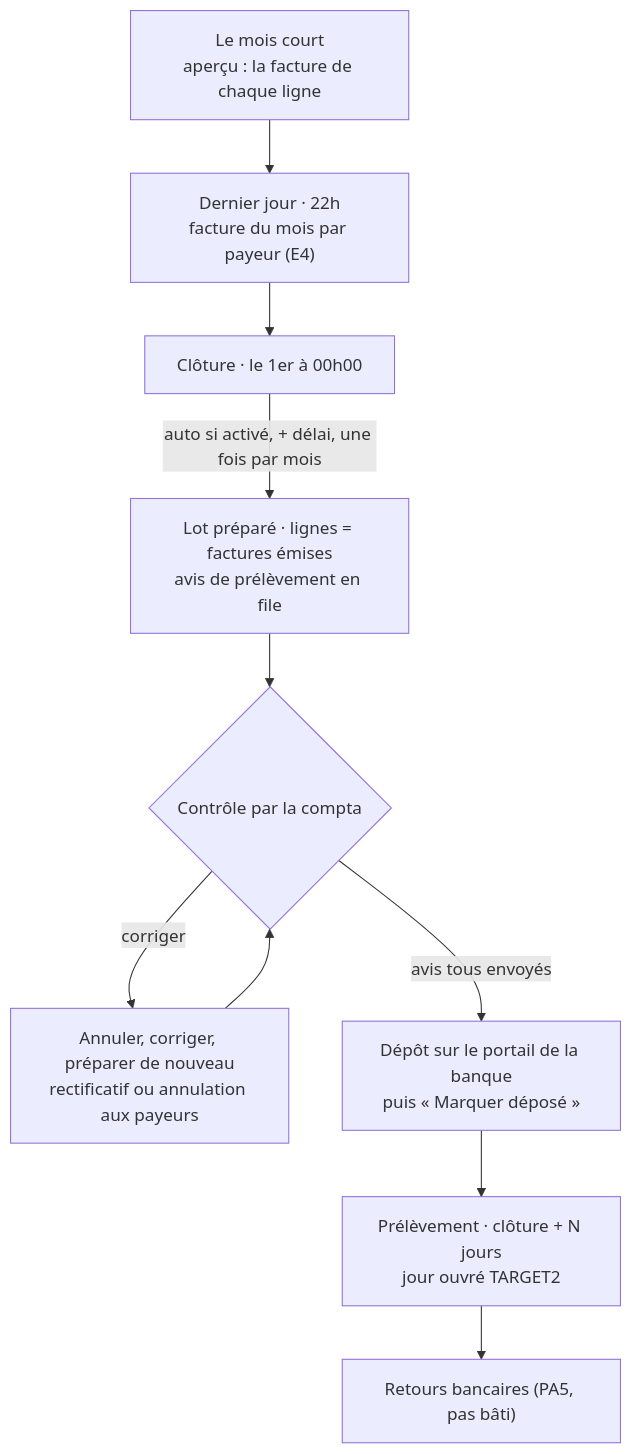
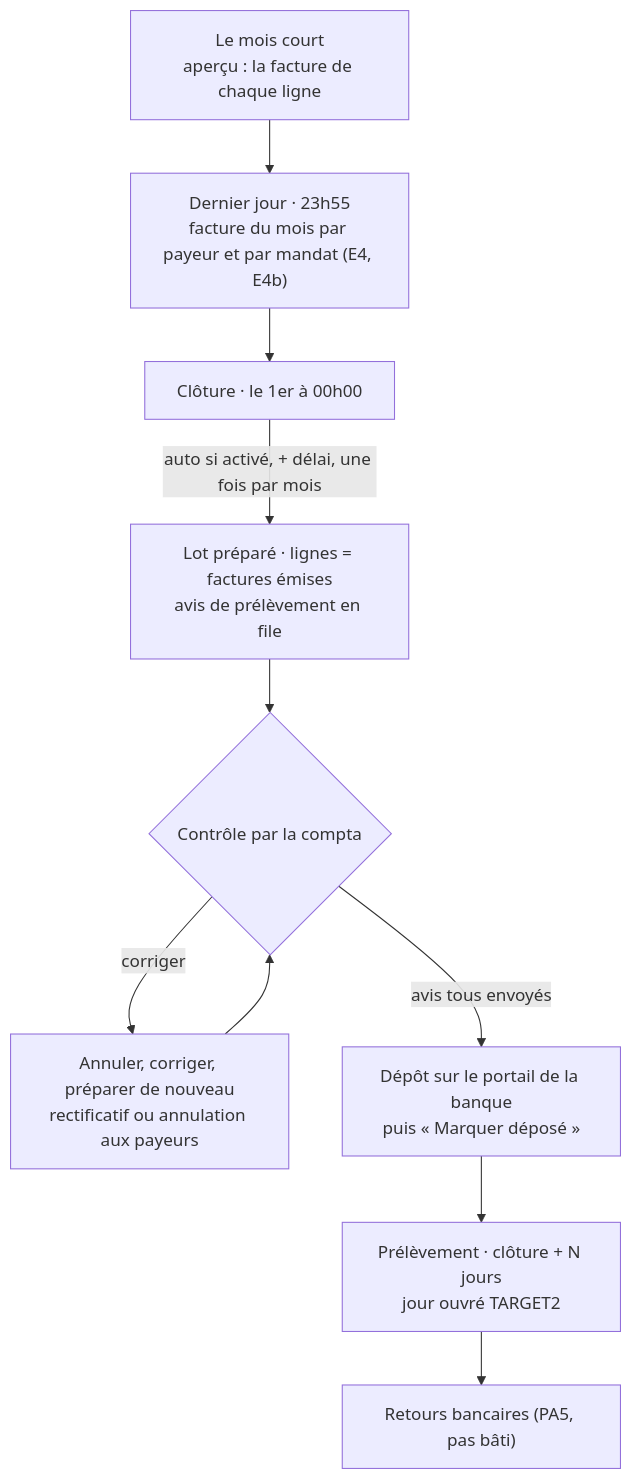
Before and after one commit to hugoheynard/lfd: the diagram in documentation/comptabilite/prelevement/prelevement-automatique.md, drawn with Mermaid. The commit also changed other lines of this file and 36 other files, not shown here.

First line of the commit message:
feat(facturation): la facture du mois s'émet à 23h55, et une facture par mandat

````diff
--- a/documentation/comptabilite/prelevement/prelevement-automatique.md
+++ b/documentation/comptabilite/prelevement/prelevement-automatique.md
@@ -23,12 +24,12 @@
 ```mermaid
 flowchart TB
-  A["Le mois court<br/>aperçu : la facture de chaque ligne"] --> F["Dernier jour · 22h<br/>facture du mois par payeur (E4)"]
+  A["Le mois court<br/>aperçu : la facture de chaque ligne"] --> F["Dernier jour · 23h55<br/>facture du mois par payeur et par mandat (E4, E4b)"]
   F --> B["Clôture · le 1er à 00h00"]
   B -->|"auto si activé, + délai, une fois par mois"| C["Lot préparé · lignes = factures émises<br/>avis de prélèvement en file"]
   C --> D{"Contrôle par la compta"}
   D -->|"corriger"| E["Annuler, corriger, préparer de nouveau<br/>rectificatif ou annulation aux payeurs"]
   E --> D
   D -->|"avis tous envoyés"| G["Dépôt sur le portail de la banque<br/>puis « Marquer déposé »"]
   G --> H["Prélèvement · clôture + N jours<br/>jour ouvré TARGET2"]
   H --> I["Retours bancaires (PA5, pas bâti)"]
 ```
````
